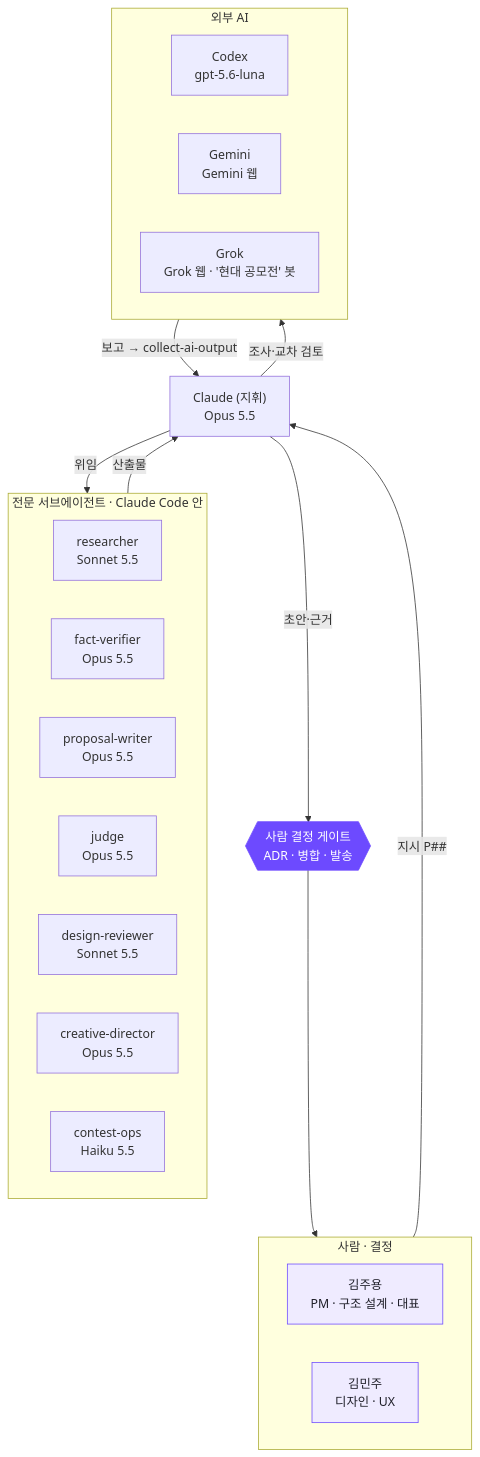
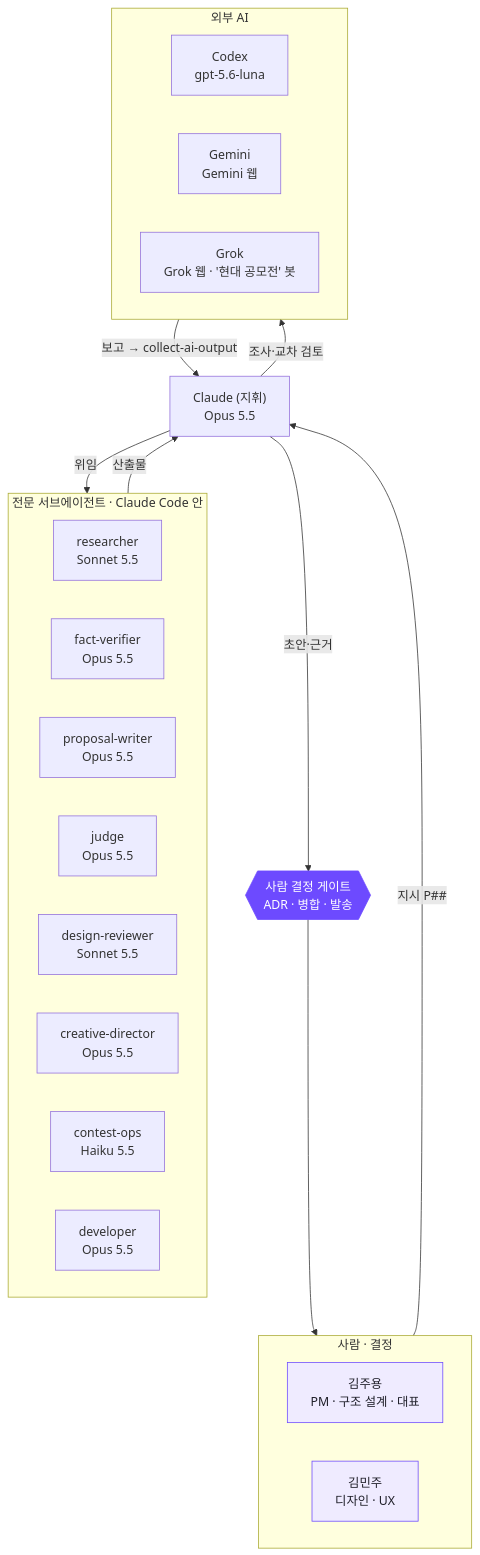
Before and after one commit to mangsanggwedo-team/codeyourapp-submission: the diagram in ai/agents.md, drawn with Mermaid. The commit also changed other lines of this file and 5 other files, not shown here.

````diff
--- a/ai/agents.md
+++ b/ai/agents.md
@@ -7,35 +7,36 @@
 ```mermaid
 flowchart TB
     subgraph H["사람 · 결정"]
         kim_juyong["김주용<br/>PM · 구조 설계 · 대표"]
         kim_minju["김민주<br/>디자인 · UX"]
     end
     lead["Claude (지휘)<br/>Opus 5.5"]
     subgraph S["전문 서브에이전트 · Claude Code 안"]
         researcher["researcher<br/>Sonnet 5.5"]
         fact_verifier["fact-verifier<br/>Opus 5.5"]
         proposal_writer["proposal-writer<br/>Opus 5.5"]
         judge["judge<br/>Opus 5.5"]
         design_reviewer["design-reviewer<br/>Sonnet 5.5"]
         creative_director["creative-director<br/>Opus 5.5"]
         contest_ops["contest-ops<br/>Haiku 5.5"]
+        developer["developer<br/>Opus 5.5"]
     end
     subgraph X["외부 AI"]
         codex["Codex<br/>gpt-5.6-luna"]
         gemini["Gemini<br/>Gemini 웹"]
         grok["Grok<br/>Grok 웹 · '현대 공모전' 봇"]
     end
     G{{"사람 결정 게이트<br/>ADR · 병합 · 발송"}}
     H -- "지시 P##" --> lead
     lead -- 위임 --> S
     lead -- 조사·교차 검토 --> X
     S -- 산출물 --> lead
     X -- "보고 → collect-ai-output" --> lead
     lead -- 초안·근거 --> G
     G --> H
     classDef human fill:#EFEBFF,stroke:#6D4AFF,color:#1F1F29
     classDef ai fill:#FFFFFF,stroke:#B9AEF5,color:#1F1F29
     classDef gate fill:#6D4AFF,stroke:#6D4AFF,color:#FFFFFF
     class kim_juyong,kim_minju human
     class G gate
 ```
````
